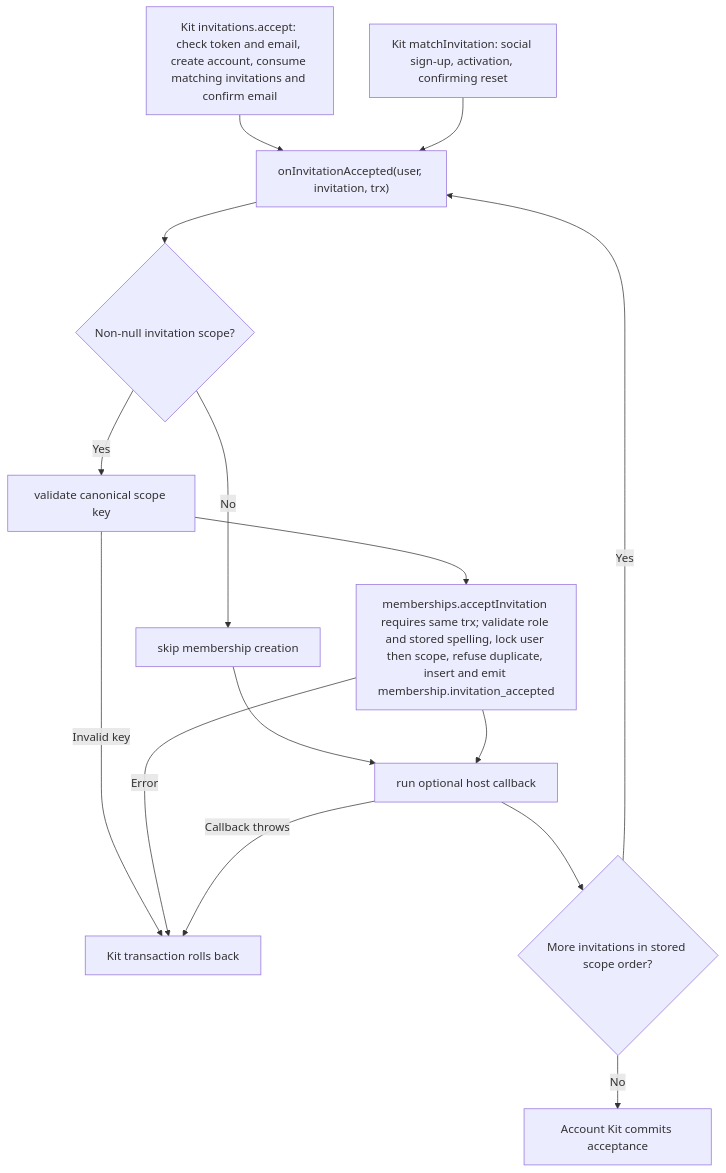
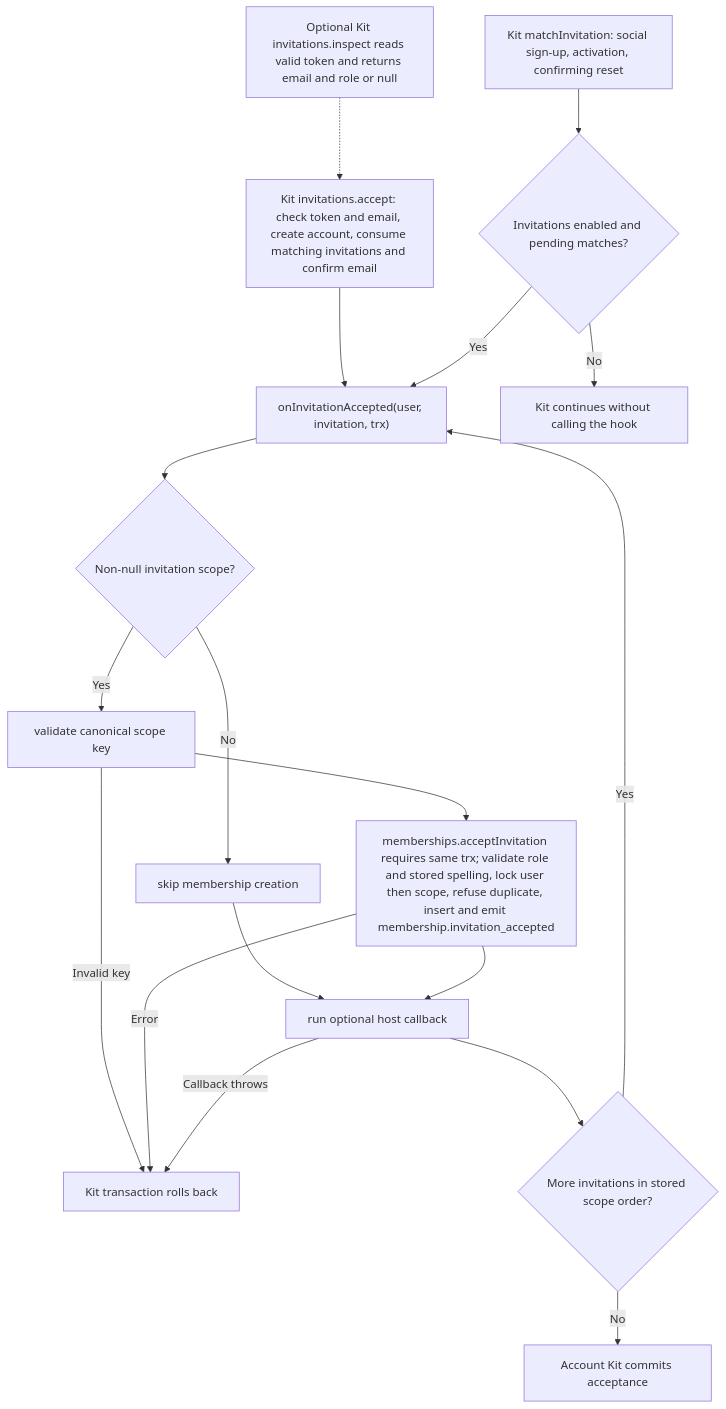
The second of 2 diagrams in user-stories/US-ACCESS-10-accept-invitation.md (Kevinjohn/oss-adonisjs-access-control), drawn with Mermaid before and after one commit. The commit also changed other lines of this file and 25 other files, not shown here.

````diff
--- a/user-stories/US-ACCESS-10-accept-invitation.md
+++ b/user-stories/US-ACCESS-10-accept-invitation.md
@@ -47,17 +48,20 @@
 ```mermaid
 flowchart TD
+    P["Optional Kit invitations.inspect reads valid token and returns email and role or null"] -.-> K1
     K1["Kit invitations.accept: check token and email, create account, consume matching invitations and confirm email"] --> A
-    K2["Kit matchInvitation: social sign-up, activation, confirming reset"] --> A
+    K2["Kit matchInvitation: social sign-up, activation, confirming reset"] --> M{"Invitations enabled and pending matches?"}
+    M -->|No| L["Kit continues without calling the hook"]
+    M -->|Yes| A
     A["onInvitationAccepted(user, invitation, trx)"] --> B{"Non-null invitation scope?"}
     B -->|No| C["skip membership creation"]
     C --> F
     B -->|Yes| D["validate canonical scope key"]
     D --> E["memberships.acceptInvitation requires same trx; validate role and stored spelling, lock user then scope, refuse duplicate, insert and emit membership.invitation_accepted"]
     D -->|Invalid key| X["Kit transaction rolls back"]
     E -->|Error| X
     E --> F["run optional host callback"]
     F -->|Callback throws| X
     F --> N{"More invitations in stored scope order?"}
     N -->|Yes| A
     N -->|No| G["Account Kit commits acceptance"]
 ```
````
